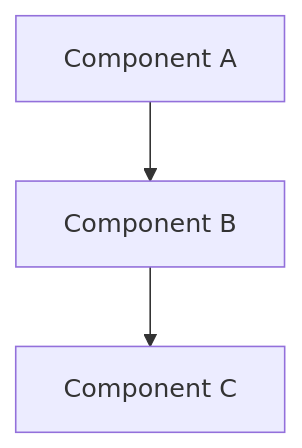
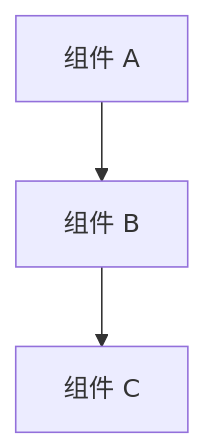
Before and after one commit to sansecao/spec-workflow-mcp-pro: the diagram in src/markdown/templates/design-template.md, drawn with Mermaid. The commit also changed other lines of this file and 14 other files, not shown here.

````diff
--- a/src/markdown/templates/design-template.md
+++ b/src/markdown/templates/design-template.md
@@ -36,5 +36,5 @@
 ```mermaid
 graph TD
-    A[Component A] --> B[Component B]
-    B --> C[Component C]
+    A[组件 A] --> B[组件 B]
+    B --> C[组件 C]
 ```
````
